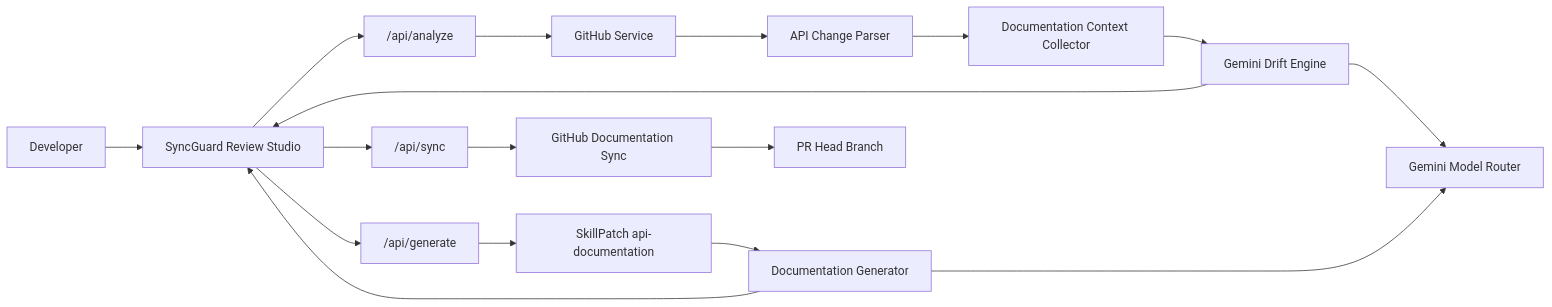
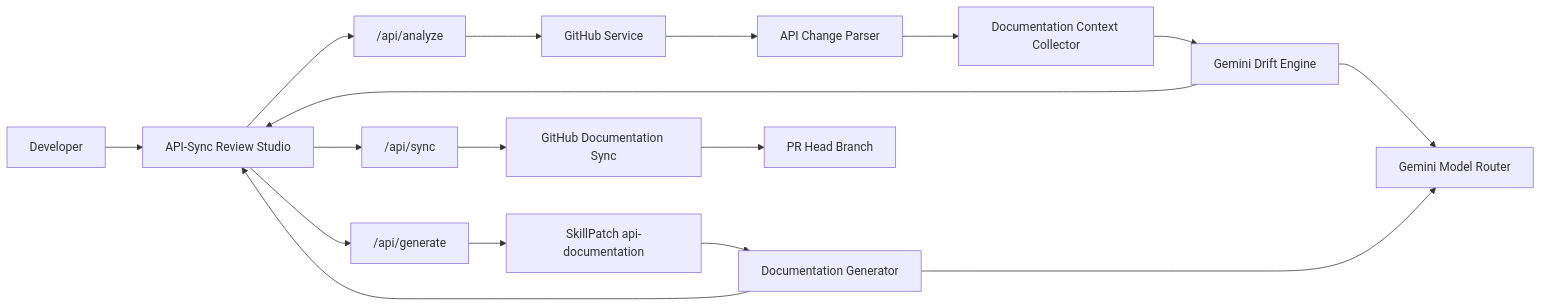
One commit to toufiqfarhan0/api-sync changed the diagram in README.md. Above: the diagram before and after it, drawn with Mermaid. The commit also changed other lines of this file and 2 other files, not shown here.

Commit message:
docs: update branding to API-Sync AI

````diff
--- a/README.md
+++ b/README.md
@@ -29,23 +29,23 @@
 ```mermaid
 flowchart LR
-    U[Developer] --> UI[SyncGuard Review Studio]
+    U[Developer] --> UI[API-Sync Review Studio]
 
     UI --> A["/api/analyze"]
     A --> GH[GitHub Service]
     GH --> P[API Change Parser]
     P --> C[Documentation Context Collector]
     C --> D[Gemini Drift Engine]
     D --> R[Gemini Model Router]
 
     UI --> G["/api/generate"]
     G --> SG[SkillPatch api-documentation]
     SG --> DG[Documentation Generator]
     DG --> R
 
     UI --> S["/api/sync"]
     S --> GS[GitHub Documentation Sync]
     GS --> PR[PR Head Branch]
 
     D --> UI
     DG --> UI
 ```
````
